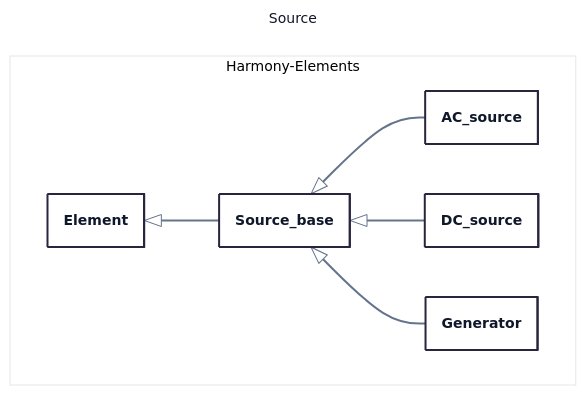
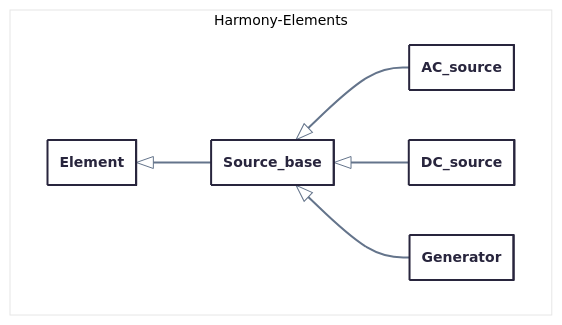
Before and after one commit to yiquintero/tmp: the seventh of 11 diagrams in class_diagram.md, drawn with Mermaid. The commit also changed other lines of this file, not shown here.

First line of the commit message:
Refactor mermaid diagrams in class_diagram.md

````diff
--- a/class_diagram.md
+++ b/class_diagram.md
@@ -266,30 +252,24 @@
 ```mermaid
 ---
-title: Source
 config:
   theme: redux-color
   themeVariables:
-    fontFamily: Segoe UI, -apple-system, BlinkMacSystemFont, sans-serif
     lineColor: "#64748B"
-    primaryTextColor: "#0F172A"
-  flowchart:
-    wrappingWidth: 450
   class:
     hideEmptyMembersBox: true
-    padding: 16
 ---
 classDiagram
   namespace Harmony-Elements {
     class Element {}
   }
   namespace Harmony-Elements {
     class Source_base {}
     class AC_source {}
     class DC_source {}
     class Generator {}
   }
   Element <|-- Source_base
   Source_base <|-- AC_source
   Source_base <|-- DC_source
   Source_base <|-- Generator
 ```
````
